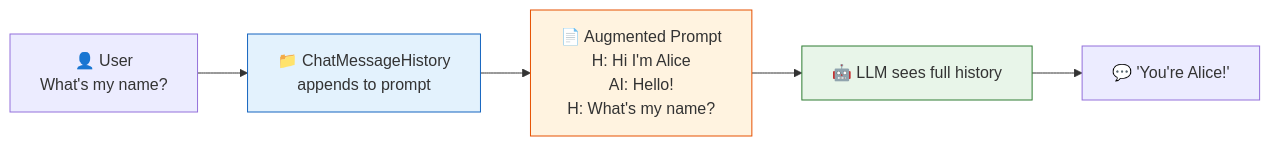
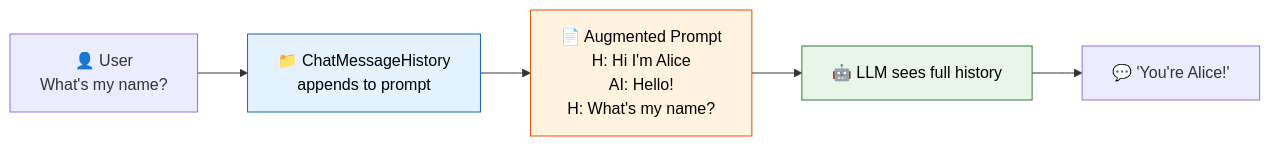
The sixth of 6 diagrams in 06_memory/README.md (remolaan/Agentic-AI-Cookbook), drawn with Mermaid before and after one commit. The commit also changed other lines of this file and 45 other files, not shown here.

Commit message:
Fix Mermaid diagram text colors for readability across all READMEs

````diff
--- a/06_memory/README.md
+++ b/06_memory/README.md
@@ -171,11 +171,11 @@
 ```mermaid
 flowchart LR
     U["👤 User<br/>What's my name?"] --> M["📁 ChatMessageHistory<br/>appends to prompt"]
     M --> P["📄 Augmented Prompt<br/>H: Hi I'm Alice<br/>AI: Hello!<br/>H: What's my name?"]
     P --> L["🤖 LLM sees full history"]
     L --> R["💬 'You're Alice!'"]
     
-    style M fill:#e3f2fd,stroke:#1565c0
-    style P fill:#fff3e0,stroke:#e65100
-    style L fill:#e8f5e9,stroke:#2e7d32
+    style M fill:#e3f2fd,stroke:#1565c0,color:#000000
+    style P fill:#fff3e0,stroke:#e65100,color:#000000
+    style L fill:#e8f5e9,stroke:#2e7d32,color:#000000
 ```
````
